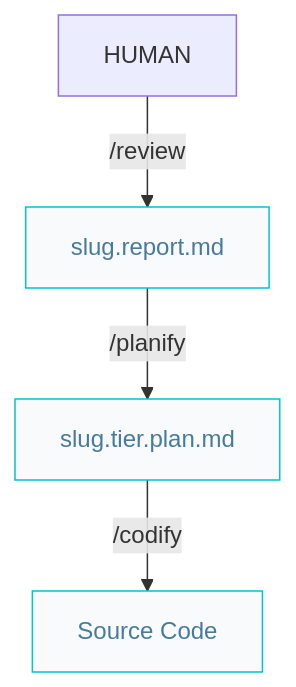
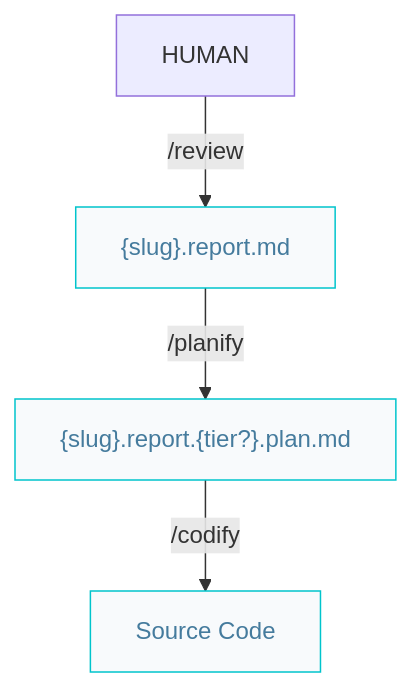
The third of 4 diagrams in docs/codify.pipelines.md (AIDDbot/AIDDbot), drawn with Mermaid before and after one commit. The commit also changed other lines of this file and 3 other files, not shown here.

````diff
--- a/docs/codify.pipelines.md
+++ b/docs/codify.pipelines.md
@@ -32,13 +31,13 @@
 ```mermaid
 flowchart TD  
   HUM[HUMAN]
-  RPT["slug.report.md"]:::nd
-  PLN["slug.tier.plan.md"]:::nd
+  RPT["{slug}.report.md"]:::nd
+  PLN["{slug}.report.{tier?}.plan.md"]:::nd
   COD[Source Code]:::nd
 
   HUM -->|/review| RPT
   RPT -->|/planify| PLN
   PLN -->|/codify| COD
 
   classDef nd fill:#f8fafc,stroke:#00c4cc,color:#457b9d
 ```
````
